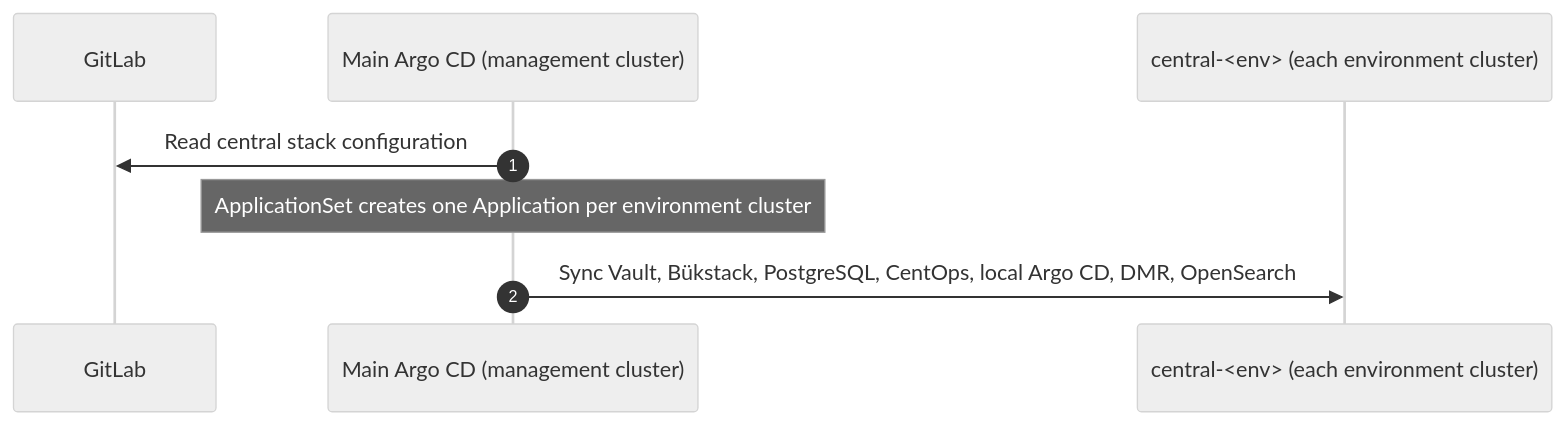
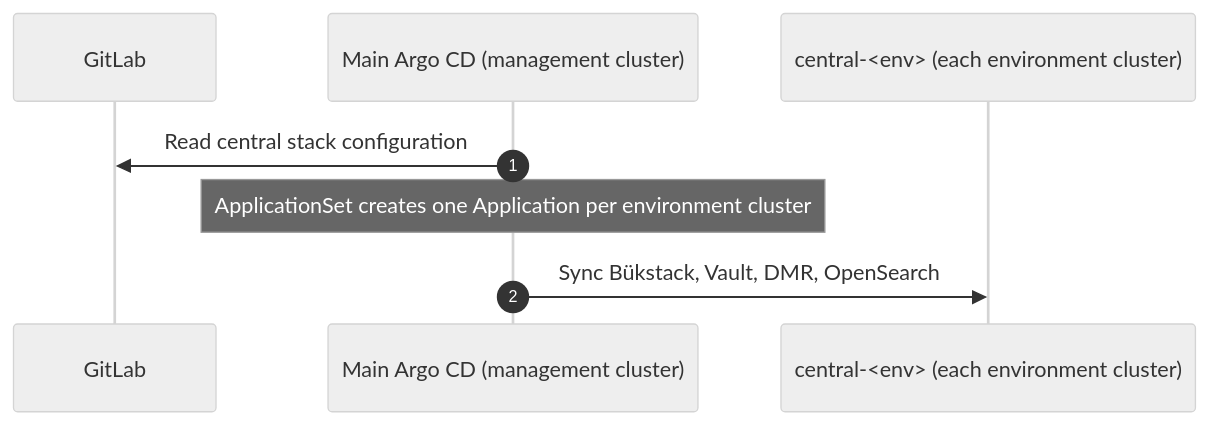
Before and after one commit to buerokratt/Buerokratt-onboarding: the first of 2 diagrams in docs/architecture/delivery/delivery.md, drawn with Mermaid (neutral theme). The commit also changed other lines of this file, not shown here.

````diff
--- a/docs/architecture/delivery/delivery.md
+++ b/docs/architecture/delivery/delivery.md
@@ -50,11 +46,11 @@
 ```mermaid
 sequenceDiagram
   autonumber
   participant GitLab
   participant Main as Main Argo CD (management cluster)
   participant Central as central-<env> (each environment cluster)
 
   Main->>GitLab: Read central stack configuration
   Note over Main: ApplicationSet creates one Application per environment cluster
-  Main->>Central: Sync Vault, Bükstack, PostgreSQL, CentOps, local Argo CD, DMR, OpenSearch
+  Main->>Central: Sync Bükstack, Vault, DMR, OpenSearch
 ```
````
